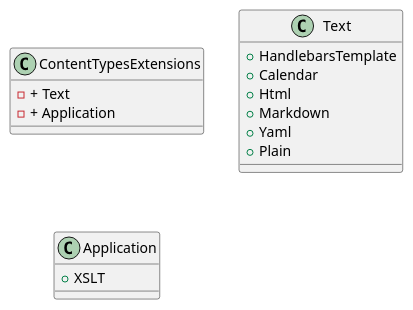
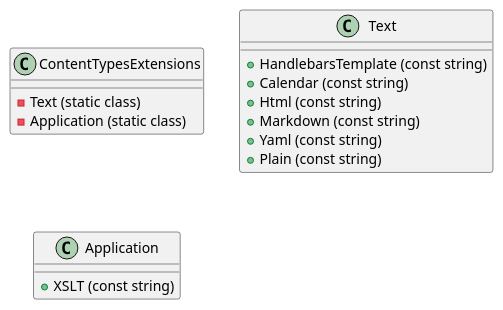
The first of 2 diagrams in docs/generated/Framework/Eliassen.System.Abstractions/Net/Mime/Documentation.md (mwwhited-forks/dotnet-libs), drawn with PlantUML before and after one commit. The commit also changed other lines of this file and 444 other files, not shown here.

````diff
--- a/docs/generated/Framework/Eliassen.System.Abstractions/Net/Mime/Documentation.md
+++ b/docs/generated/Framework/Eliassen.System.Abstractions/Net/Mime/Documentation.md
@@ -15,19 +8,19 @@
 ```plantuml
 @startuml
 class ContentTypesExtensions {
-  -+ Text
-  -+ Application
+  - Text (static class)
+  - Application (static class)
 }
 class Text {
-  + HandlebarsTemplate
-  + Calendar
-  + Html
-  + Markdown
-  + Yaml
-  + Plain
+  + HandlebarsTemplate (const string)
+  + Calendar (const string)
+  + Html (const string)
+  + Markdown (const string)
+  + Yaml (const string)
+  + Plain (const string)
 }
 class Application {
-  + XSLT
+  + XSLT (const string)
 }
 @enduml
 ```
````
